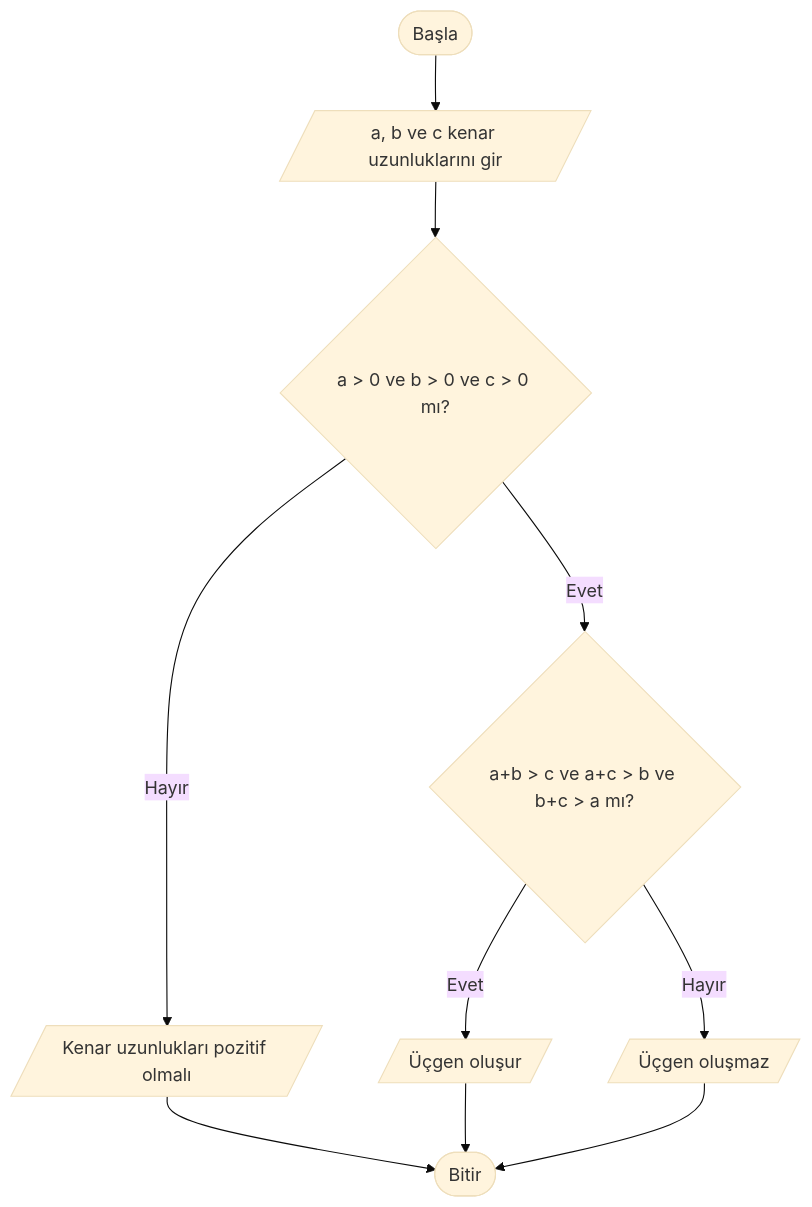
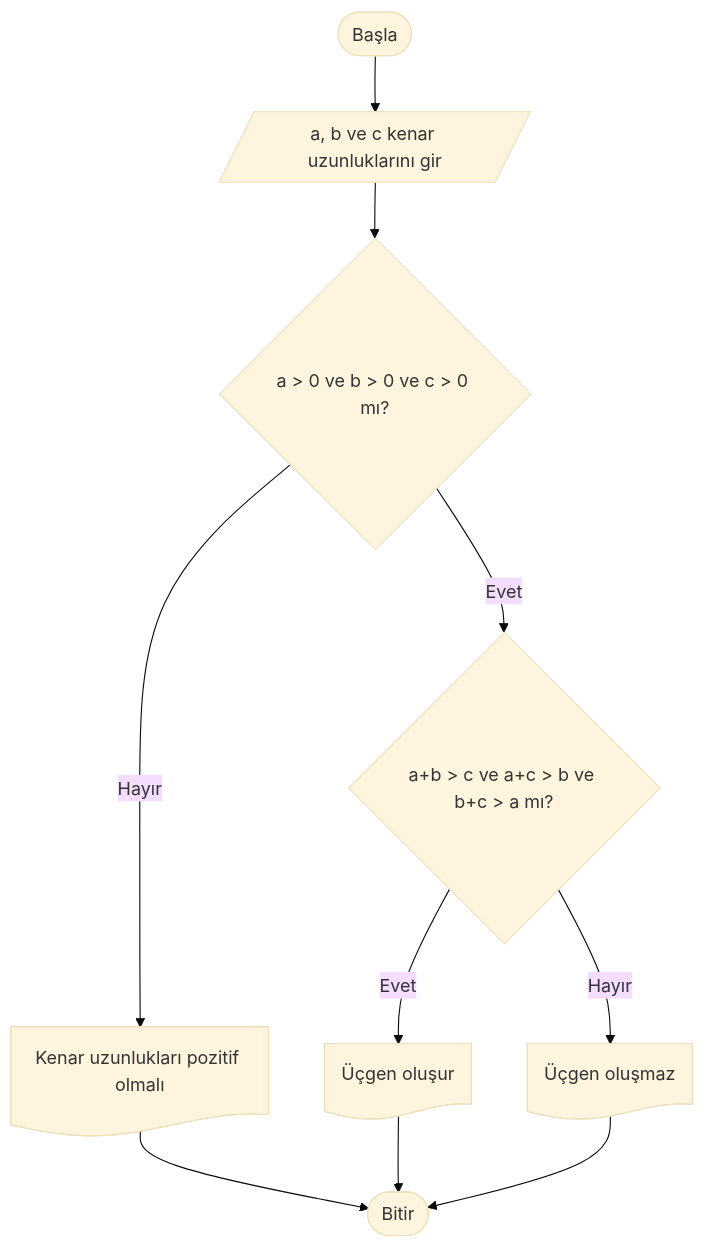
The eighth of 10 diagrams in Hafta_04_Akis_Diyagramlari_1.md (ibrahimayaz/Algoritma-ve-Programlamaya-Giris), drawn with Mermaid (base theme) before and after one commit. The commit also changed other lines of this file, not shown here.

````diff
--- a/Hafta_04_Akis_Diyagramlari_1.md
+++ b/Hafta_04_Akis_Diyagramlari_1.md
@@ -187,12 +188,12 @@
 ```mermaid
 graph TD
     A([Başla]) --> B[/a, b ve c kenar uzunluklarını gir/]
     B --> C{a > 0 ve b > 0 ve c > 0 mı?}
-    C -- Hayır --> D[/Kenar uzunlukları pozitif olmalı/]
+    C -- Hayır --> D@{ shape: doc, label: "Kenar uzunlukları pozitif olmalı" }
     C -- Evet --> E{a+b > c ve a+c > b ve b+c > a mı?}
-    E -- Evet --> F[/Üçgen oluşur/]
-    E -- Hayır --> G[/Üçgen oluşmaz/]
+    E -- Evet --> F@{ shape: doc, label: "Üçgen oluşur" }
+    E -- Hayır --> G@{ shape: doc, label: "Üçgen oluşmaz" }
     D --> H([Bitir])
     F --> H
     G --> H
 ```
````
